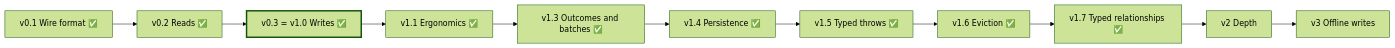
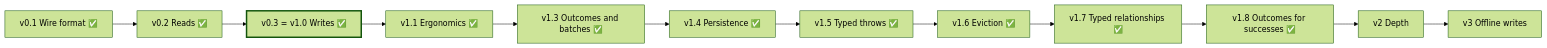
The second of 2 diagrams in docs/ARCHITECTURE.md (winsmith/ion-kit), drawn with Mermaid (forest theme) before and after one commit. The commit also changed other lines of this file and 4 other files, not shown here.

````diff
--- a/docs/ARCHITECTURE.md
+++ b/docs/ARCHITECTURE.md
@@ -511,5 +514,5 @@
 ```mermaid
 flowchart LR
-    v01["v0.1 Wire format ✅"] --> v02["v0.2 Reads ✅"] --> v03["v0.3 = v1.0 Writes ✅"] --> v1x["v1.1 Ergonomics ✅"] --> v13["v1.3 Outcomes and batches ✅"] --> v14["v1.4 Persistence ✅"] --> v15["v1.5 Typed throws ✅"] --> v16["v1.6 Eviction ✅"] --> v17["v1.7 Typed relationships ✅"] --> v2["v2 Depth"] --> v3["v3 Offline writes"]
+    v01["v0.1 Wire format ✅"] --> v02["v0.2 Reads ✅"] --> v03["v0.3 = v1.0 Writes ✅"] --> v1x["v1.1 Ergonomics ✅"] --> v13["v1.3 Outcomes and batches ✅"] --> v14["v1.4 Persistence ✅"] --> v15["v1.5 Typed throws ✅"] --> v16["v1.6 Eviction ✅"] --> v17["v1.7 Typed relationships ✅"] --> v18["v1.8 Outcomes for successes ✅"] --> v2["v2 Depth"] --> v3["v3 Offline writes"]
     style v03 stroke-width:3px
 ```
````
